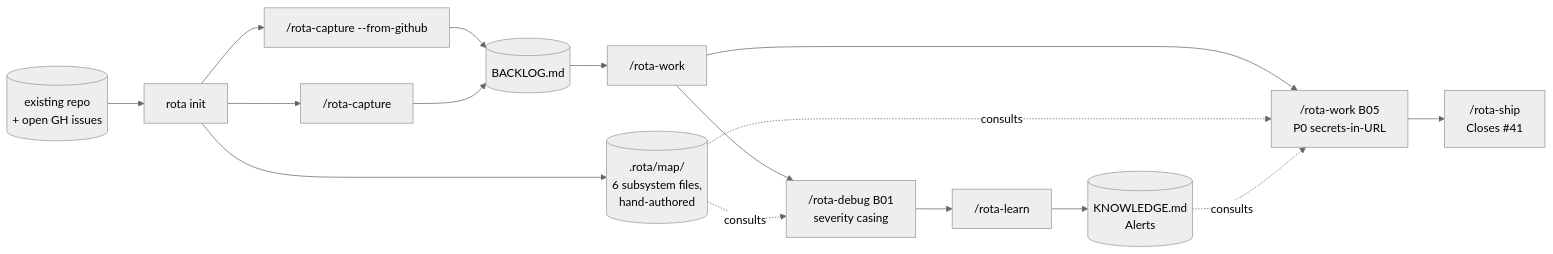
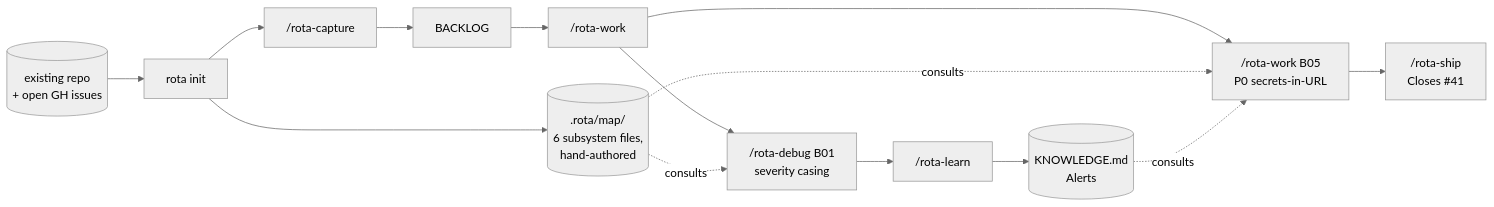
One commit to l4ci/rota changed the diagram in docs/walkthroughs/brownfield-existing-project.md. Above: the diagram before and after it, drawn with Mermaid (neutral theme). The commit also changed other lines of this file and 17 other files, not shown here.

````diff
--- a/docs/walkthroughs/brownfield-existing-project.md
+++ b/docs/walkthroughs/brownfield-existing-project.md
@@ -9,18 +9,16 @@
 ```mermaid
 flowchart LR
   REPO[(existing repo<br/>+ open GH issues)] --> INIT["rota init"]
   INIT --> SUBS[(.rota/map/<br/>6 subsystem files,<br/>hand-authored)]
-  INIT --> ISSUES["/rota-capture --from-github"]
   INIT --> CAP["/rota-capture"]
-  ISSUES --> BACKLOG[(BACKLOG.md)]
   CAP --> BACKLOG
   BACKLOG --> NEXT["/rota-work"]
   NEXT --> WORK["/rota-work B05<br/>P0 secrets-in-URL"]
   NEXT --> DEBUGCYCLE["/rota-debug B01<br/>severity casing"]
   WORK --> SHIP["/rota-ship<br/>Closes #41"]
   DEBUGCYCLE --> LEARN["/rota-learn"]
   LEARN --> KNOW[(KNOWLEDGE.md<br/>Alerts)]
   SUBS -.consults.-> WORK
   SUBS -.consults.-> DEBUGCYCLE
   KNOW -.consults.-> WORK
 ```
````
